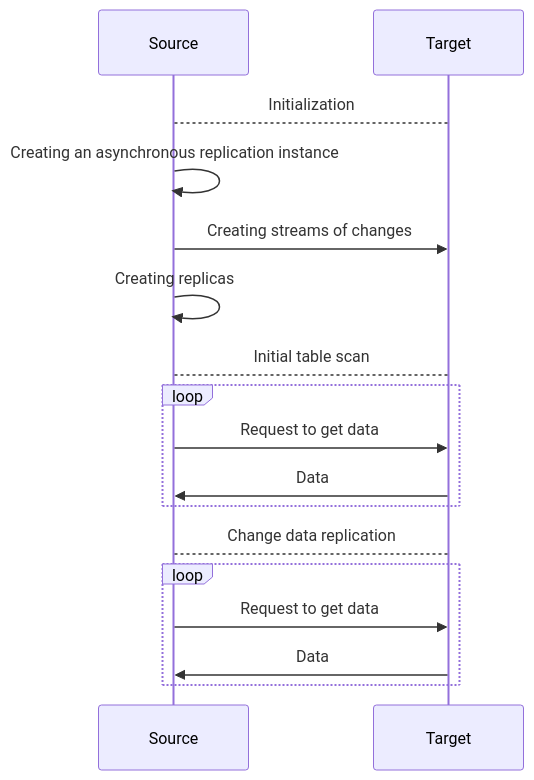
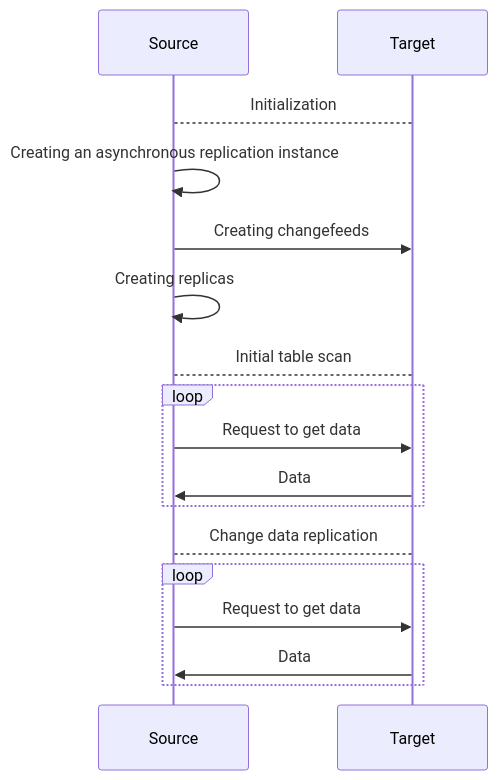
One commit to ydb-platform/ydb changed the diagram in ydb/docs/en/core/concepts/async-replication.md. Above: the diagram before and after it, drawn with Mermaid. The commit also changed other lines of this file and 1 other file, not shown here.

````diff
--- a/ydb/docs/en/core/concepts/async-replication.md
+++ b/ydb/docs/en/core/concepts/async-replication.md
@@ -9,22 +9,22 @@
 ```mermaid
 sequenceDiagram
   participant dst as Source
   participant src as Target
 
   dst-->src: Initialization
   dst->>dst: Creating an asynchronous replication instance
-  dst->>src: Creating streams of changes
+  dst->>src: Creating changefeeds
   dst->>dst: Creating replicas
 
   dst-->src: Initial table scan
   loop
     dst->>src: Request to get data
     src->>dst: Data
   end
 
   dst-->src: Change data replication
   loop
     dst->>src: Request to get data
     src->>dst: Data
   end
 ```
````
